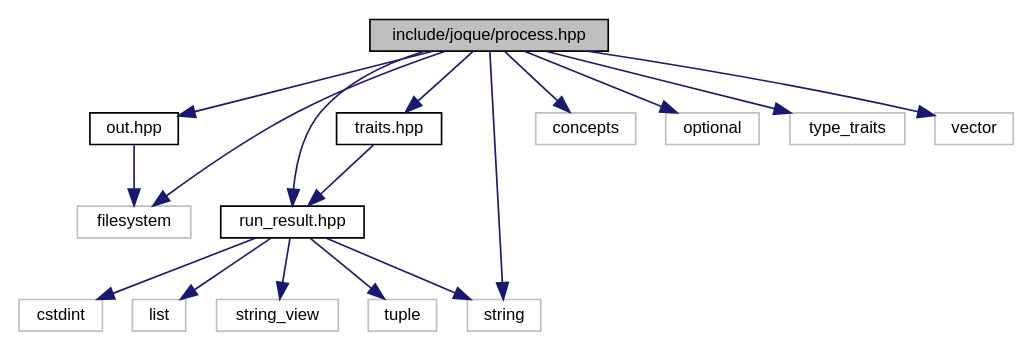
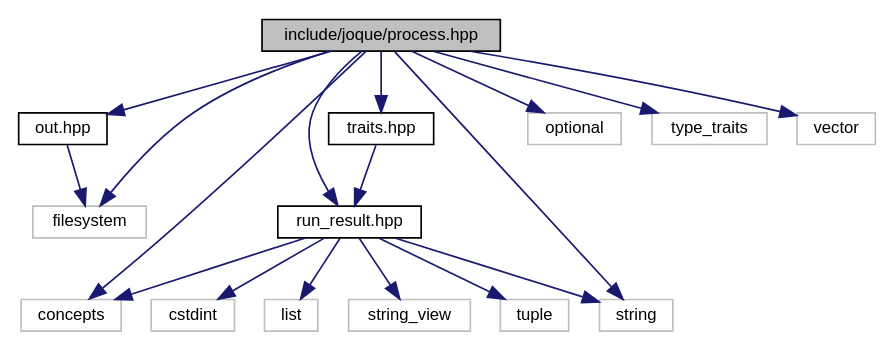
One commit to koniarik/joque changed the diagram in process_8hpp__incl.dot. Above: the diagram before and after it, drawn with Graphviz. The commit also changed 135 other files, not shown here.

```diff
--- a/process_8hpp__incl.dot
+++ b/process_8hpp__incl.dot
@@ -1,36 +1,37 @@
 digraph "include/joque/process.hpp"
 {
  // LATEX_PDF_SIZE
   edge [fontname="Helvetica",fontsize="10",labelfontname="Helvetica",labelfontsize="10"];
   node [fontname="Helvetica",fontsize="10",shape=record];
   Node1 [label="include/joque/process.hpp",height=0.2,width=0.4,color="black", fillcolor="grey75", style="filled", fontcolor="black",tooltip=" "];
   Node1 -> Node2 [color="midnightblue",fontsize="10",style="solid",fontname="Helvetica"];
   Node2 [label="out.hpp",height=0.2,width=0.4,color="black", fillcolor="white", style="filled",URL="$out_8hpp.html",tooltip=" "];
   Node2 -> Node3 [color="midnightblue",fontsize="10",style="solid",fontname="Helvetica"];
   Node3 [label="filesystem",height=0.2,width=0.4,color="grey75", fillcolor="white", style="filled",tooltip=" "];
   Node1 -> Node4 [color="midnightblue",fontsize="10",style="solid",fontname="Helvetica"];
   Node4 [label="run_result.hpp",height=0.2,width=0.4,color="black", fillcolor="white", style="filled",URL="$run__result_8hpp.html",tooltip=" "];
   Node4 -> Node5 [color="midnightblue",fontsize="10",style="solid",fontname="Helvetica"];
-  Node5 [label="cstdint",height=0.2,width=0.4,color="grey75", fillcolor="white", style="filled",tooltip=" "];
+  Node5 [label="concepts",height=0.2,width=0.4,color="grey75", fillcolor="white", style="filled",tooltip=" "];
   Node4 -> Node6 [color="midnightblue",fontsize="10",style="solid",fontname="Helvetica"];
-  Node6 [label="list",height=0.2,width=0.4,color="grey75", fillcolor="white", style="filled",tooltip=" "];
+  Node6 [label="cstdint",height=0.2,width=0.4,color="grey75", fillcolor="white", style="filled",tooltip=" "];
   Node4 -> Node7 [color="midnightblue",fontsize="10",style="solid",fontname="Helvetica"];
-  Node7 [label="string",height=0.2,width=0.4,color="grey75", fillcolor="white", style="filled",tooltip=" "];
+  Node7 [label="list",height=0.2,width=0.4,color="grey75", fillcolor="white", style="filled",tooltip=" "];
   Node4 -> Node8 [color="midnightblue",fontsize="10",style="solid",fontname="Helvetica"];
-  Node8 [label="string_view",height=0.2,width=0.4,color="grey75", fillcolor="white", style="filled",tooltip=" "];
+  Node8 [label="string",height=0.2,width=0.4,color="grey75", fillcolor="white", style="filled",tooltip=" "];
   Node4 -> Node9 [color="midnightblue",fontsize="10",style="solid",fontname="Helvetica"];
-  Node9 [label="tuple",height=0.2,width=0.4,color="grey75", fillcolor="white", style="filled",tooltip=" "];
-  Node1 -> Node10 [color="midnightblue",fontsize="10",style="solid",fontname="Helvetica"];
-  Node10 [label="traits.hpp",height=0.2,width=0.4,color="black", fillcolor="white", style="filled",URL="$traits_8hpp.html",tooltip=" "];
-  Node10 -> Node4 [color="midnightblue",fontsize="10",style="solid",fontname="Helvetica"];
+  Node9 [label="string_view",height=0.2,width=0.4,color="grey75", fillcolor="white", style="filled",tooltip=" "];
+  Node4 -> Node10 [color="midnightblue",fontsize="10",style="solid",fontname="Helvetica"];
+  Node10 [label="tuple",height=0.2,width=0.4,color="grey75", fillcolor="white", style="filled",tooltip=" "];
   Node1 -> Node11 [color="midnightblue",fontsize="10",style="solid",fontname="Helvetica"];
-  Node11 [label="concepts",height=0.2,width=0.4,color="grey75", fillcolor="white", style="filled",tooltip=" "];
+  Node11 [label="traits.hpp",height=0.2,width=0.4,color="black", fillcolor="white", style="filled",URL="$traits_8hpp.html",tooltip=" "];
+  Node11 -> Node4 [color="midnightblue",fontsize="10",style="solid",fontname="Helvetica"];
+  Node1 -> Node5 [color="midnightblue",fontsize="10",style="solid",fontname="Helvetica"];
   Node1 -> Node3 [color="midnightblue",fontsize="10",style="solid",fontname="Helvetica"];
   Node1 -> Node12 [color="midnightblue",fontsize="10",style="solid",fontname="Helvetica"];
   Node12 [label="optional",height=0.2,width=0.4,color="grey75", fillcolor="white", style="filled",tooltip=" "];
-  Node1 -> Node7 [color="midnightblue",fontsize="10",style="solid",fontname="Helvetica"];
+  Node1 -> Node8 [color="midnightblue",fontsize="10",style="solid",fontname="Helvetica"];
   Node1 -> Node13 [color="midnightblue",fontsize="10",style="solid",fontname="Helvetica"];
   Node13 [label="type_traits",height=0.2,width=0.4,color="grey75", fillcolor="white", style="filled",tooltip=" "];
   Node1 -> Node14 [color="midnightblue",fontsize="10",style="solid",fontname="Helvetica"];
   Node14 [label="vector",height=0.2,width=0.4,color="grey75", fillcolor="white", style="filled",tooltip=" "];
 }
```
